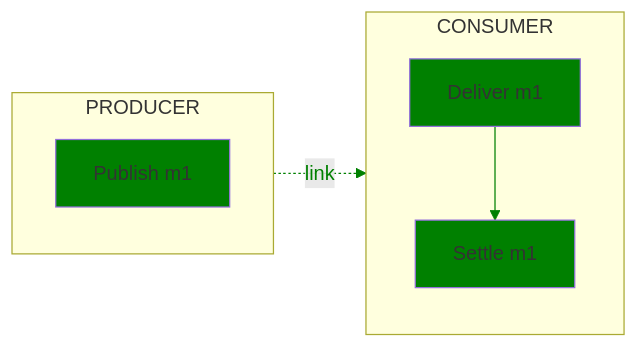
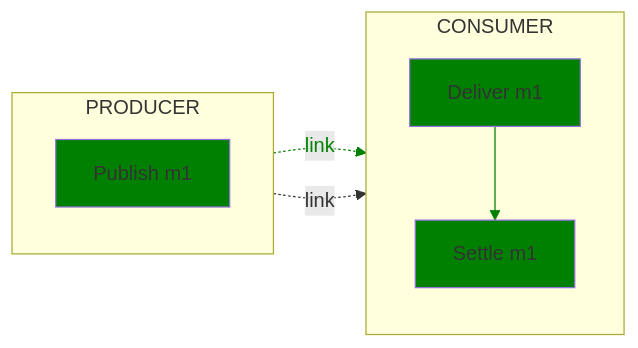
One commit to open-telemetry/oteps changed the fourth of 12 diagrams in text/trace/0220-messaging-semantic-conventions-span-structure.md. Above: the diagram before and after it, drawn with Mermaid. The commit also changed other lines of this file, not shown here.

````diff
--- a/text/trace/0220-messaging-semantic-conventions-span-structure.md
+++ b/text/trace/0220-messaging-semantic-conventions-span-structure.md
@@ -390,16 +389,17 @@
 ```mermaid
 flowchart LR;
   subgraph PRODUCER
     direction TB
     PM1[Publish m1]
   end
   subgraph CONSUMER
     direction TB
     DM1[Deliver m1]-->S1[Settle m1]
   end
   PM1-. link .->DM1;
+  PM1-. link .->S1;
 
   classDef normal fill:green
   class PM1,DM1,S1 normal
   linkStyle 0,1 color:green,stroke:green
 ```
````
